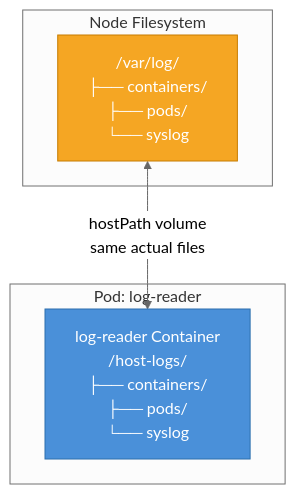
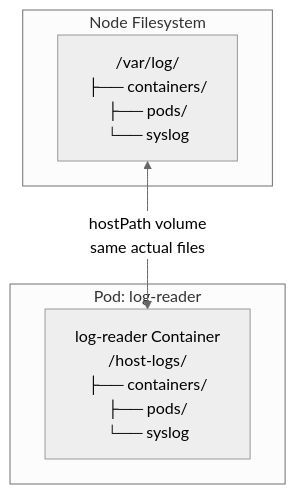
The diagram in src/courses/modules/volumes/03-hostpath/en/content.md (Antoine-Flo/kube-mastery), drawn with Mermaid (neutral theme) before and after one commit. The commit also changed 21 other files, not shown here.

Commit message:
remove diagram styles

````diff
--- a/src/courses/modules/volumes/03-hostpath/en/content.md
+++ b/src/courses/modules/volumes/03-hostpath/en/content.md
@@ -69,15 +69,12 @@
 ```mermaid
 graph TD
     subgraph "Node Filesystem"
         NL["/var/log/\n├── containers/\n├── pods/\n└── syslog"]
     end
 
     subgraph "Pod: log-reader"
         C["log-reader Container\n/host-logs/\n├── containers/\n├── pods/\n└── syslog"]
     end
 
     NL <-->|"hostPath volume\nsame actual files"| C
-
-    style NL fill:#F5A623,color:#fff,stroke:#c77d00
-    style C fill:#4A90D9,color:#fff,stroke:#2c6fad
 ```
````
